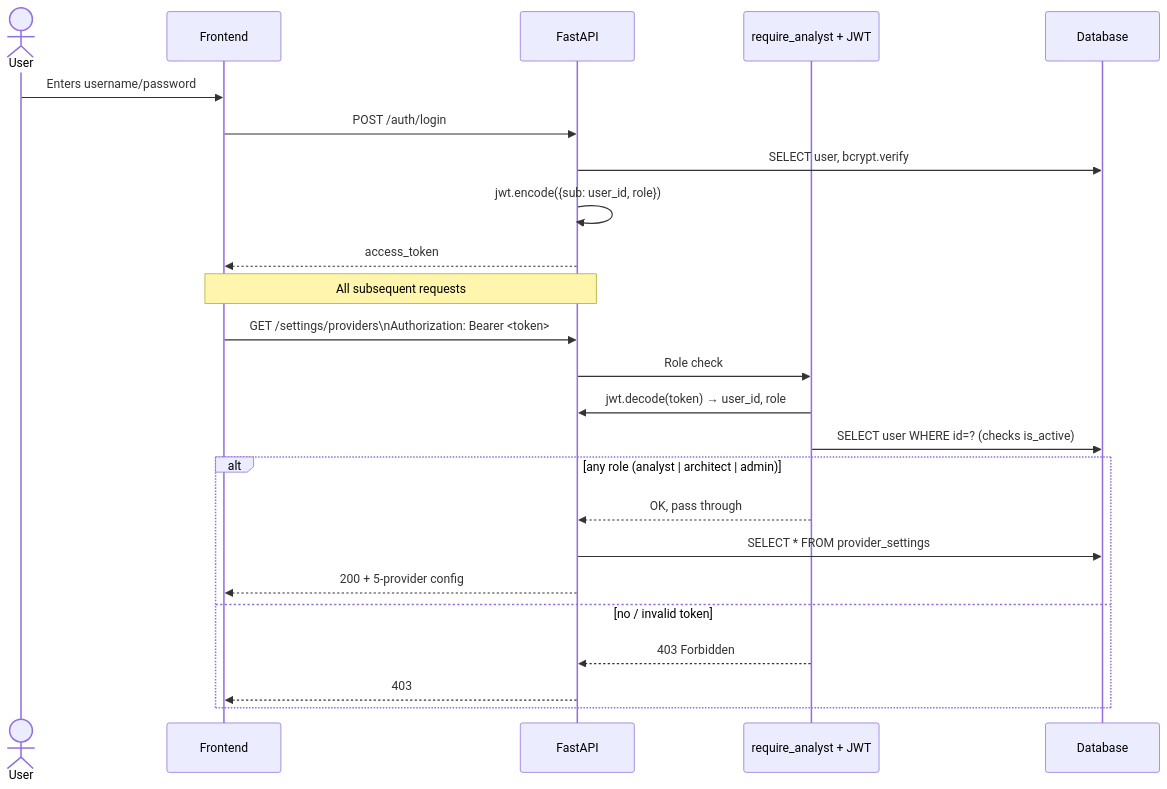
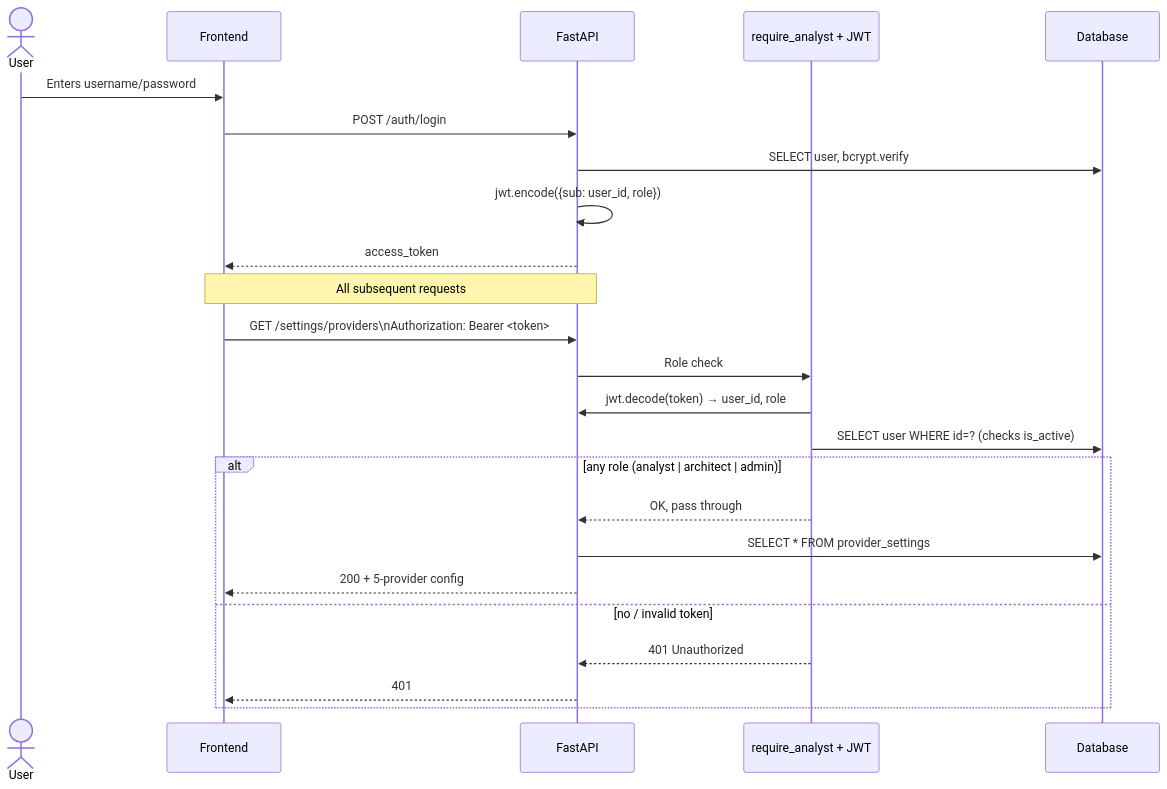
One commit to MatveiV/Analyst-Architect-AI changed the second of 2 diagrams in docs/admin-guide-en.md. Above: the diagram before and after it, drawn with Mermaid. The commit also changed other lines of this file and 20 other files, not shown here.

````diff
--- a/docs/admin-guide-en.md
+++ b/docs/admin-guide-en.md
@@ -338,28 +338,28 @@
 ```mermaid
 sequenceDiagram
     actor U as User
     participant FE as Frontend
     participant API as FastAPI
     participant Dep as require_analyst + JWT
     participant DB as Database
 
     U->>FE: Enters username/password
     FE->>API: POST /auth/login
     API->>DB: SELECT user, bcrypt.verify
     API->>API: jwt.encode({sub: user_id, role})
     API-->>FE: access_token
 
     Note over FE,API: All subsequent requests
     FE->>API: GET /settings/providers\nAuthorization: Bearer <token>
     API->>Dep: Role check
     Dep->>API: jwt.decode(token) → user_id, role
     Dep->>DB: SELECT user WHERE id=? (checks is_active)
     alt any role (analyst | architect | admin)
         Dep-->>API: OK, pass through
         API->>DB: SELECT * FROM provider_settings
         API-->>FE: 200 + 5-provider config
     else no / invalid token
-        Dep-->>API: 403 Forbidden
-        API-->>FE: 403
+        Dep-->>API: 401 Unauthorized
+        API-->>FE: 401
     end
 ```
````
